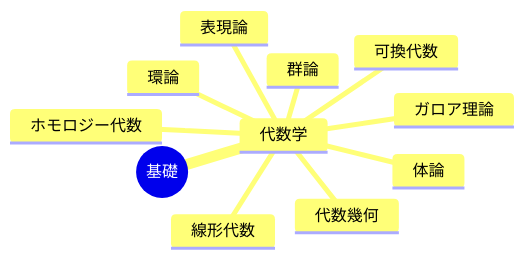
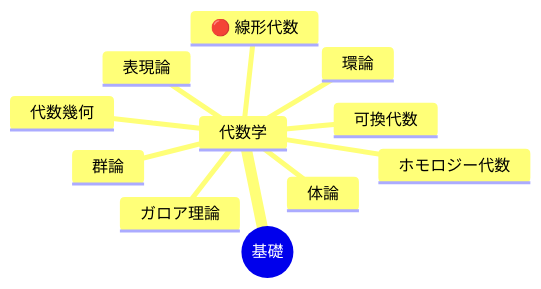
One commit to tomohikoseven/math_doc changed the second of 5 diagrams in src/content/docs/math/structures/0013_mathematics_overview.mdx. Above: the diagram before and after it, drawn with Mermaid. The commit also changed other lines of this file and 1 other file, not shown here.

````diff
--- a/src/content/docs/math/structures/0013_mathematics_overview.mdx
+++ b/src/content/docs/math/structures/0013_mathematics_overview.mdx
@@ -28,14 +32,14 @@
 ```mermaid
 mindmap
   root((基礎))
     代数学
-      線形代数
+      🔴 線形代数
       群論
       環論
       体論
       ガロア理論
       表現論
       可換代数
       ホモロジー代数
       代数幾何
 ```
````
